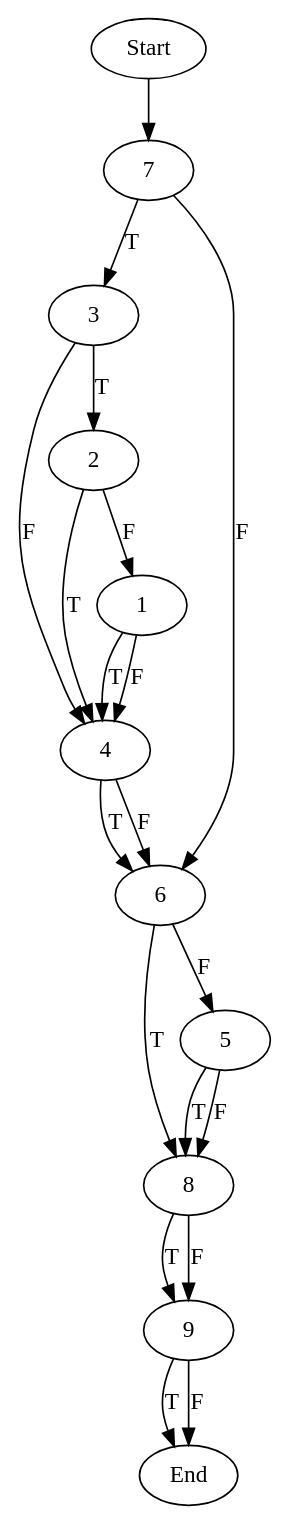
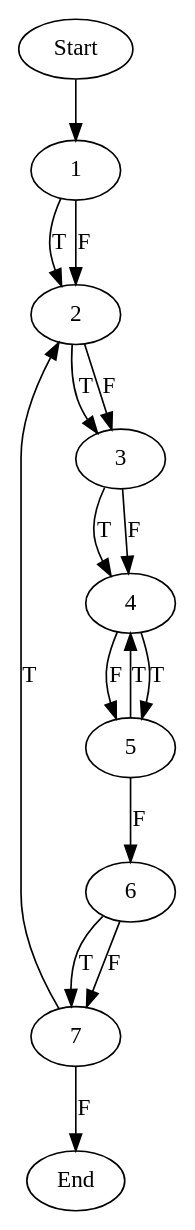
One commit to echancrure/Sikraken changed the diagram in Parser/input.dot. Above: the diagram before and after it, drawn with Graphviz. The commit also changed 8 other files, not shown here.

Commit message:
Control Flow Graph working for Do-While loops, finally some relief :)

```diff
--- a/Parser/input.dot
+++ b/Parser/input.dot
@@ -1,21 +1,17 @@
 digraph CFG {
-"Start" -> "7"	 
-"9" -> "End" [label = "T"];
-"9" -> "End" [label = "F"];
-"8" -> "9" [label = "T"];
-"8" -> "9" [label = "F"];
-"7" -> "3" [label = "T"];
-"7" -> "6" [label = "F"];
-"6" -> "8" [label = "T"];
-"6" -> "5" [label = "F"];
-"5" -> "8" [label = "T"];
-"5" -> "8" [label = "F"];
-"4" -> "6" [label = "T"];
-"4" -> "6" [label = "F"];
-"3" -> "2" [label = "T"];
+"Start" -> "1"	 
+"7" -> "2" [label = "T"];
+"7" -> "End" [label = "F"];
+"6" -> "7" [label = "T"];
+"6" -> "7" [label = "F"];
+"5" -> "4" [label = "T"];
+"5" -> "6" [label = "F"];
+"4" -> "5" [label = "T"];
+"4" -> "5" [label = "F"];
+"3" -> "4" [label = "T"];
 "3" -> "4" [label = "F"];
-"2" -> "4" [label = "T"];
-"2" -> "1" [label = "F"];
-"1" -> "4" [label = "T"];
-"1" -> "4" [label = "F"];
+"2" -> "3" [label = "T"];
+"2" -> "3" [label = "F"];
+"1" -> "2" [label = "T"];
+"1" -> "2" [label = "F"];
 }
```
